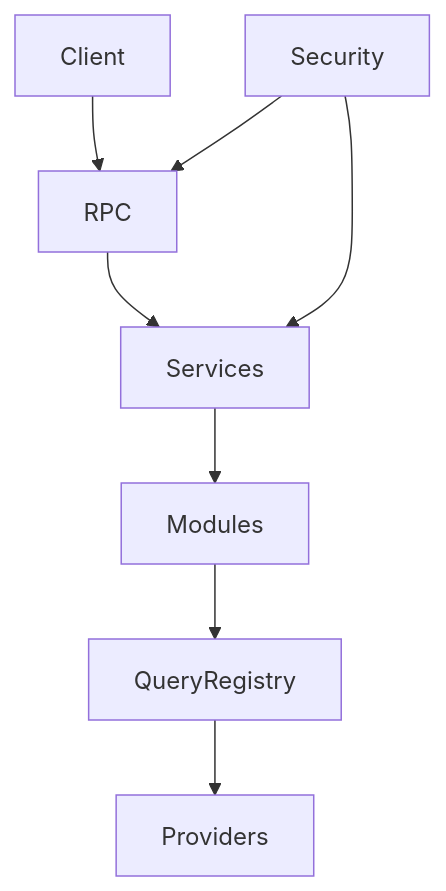
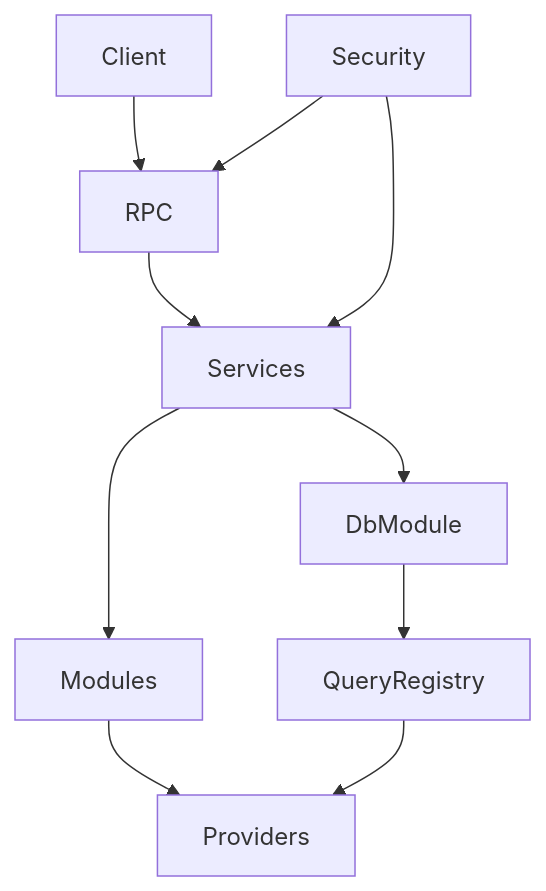
One commit to elide-us/elideus-group changed the diagram in ARCHITECTURE.md. Above: the diagram before and after it, drawn with Mermaid. The commit also changed other lines of this file, not shown here.

Commit message:
Clarify DbModule path in architecture diagram

````diff
--- a/ARCHITECTURE.md
+++ b/ARCHITECTURE.md
@@ -8,10 +8,12 @@
 ```mermaid
 flowchart TD
   Client --> RPC
   RPC --> Services
   Services --> Modules
-  Modules --> QueryRegistry
+  Modules --> Providers
+  Services --> DbModule
+  DbModule --> QueryRegistry
   QueryRegistry --> Providers
   Security --> RPC
   Security --> Services
 ```
````
